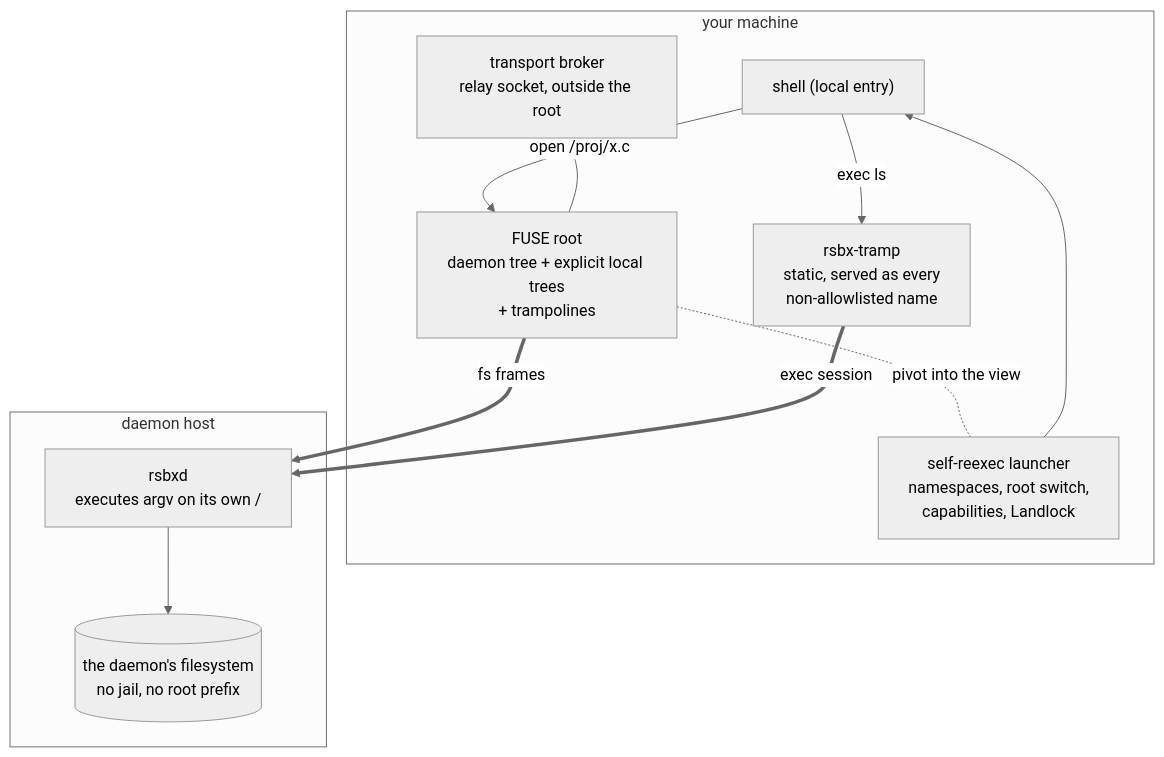
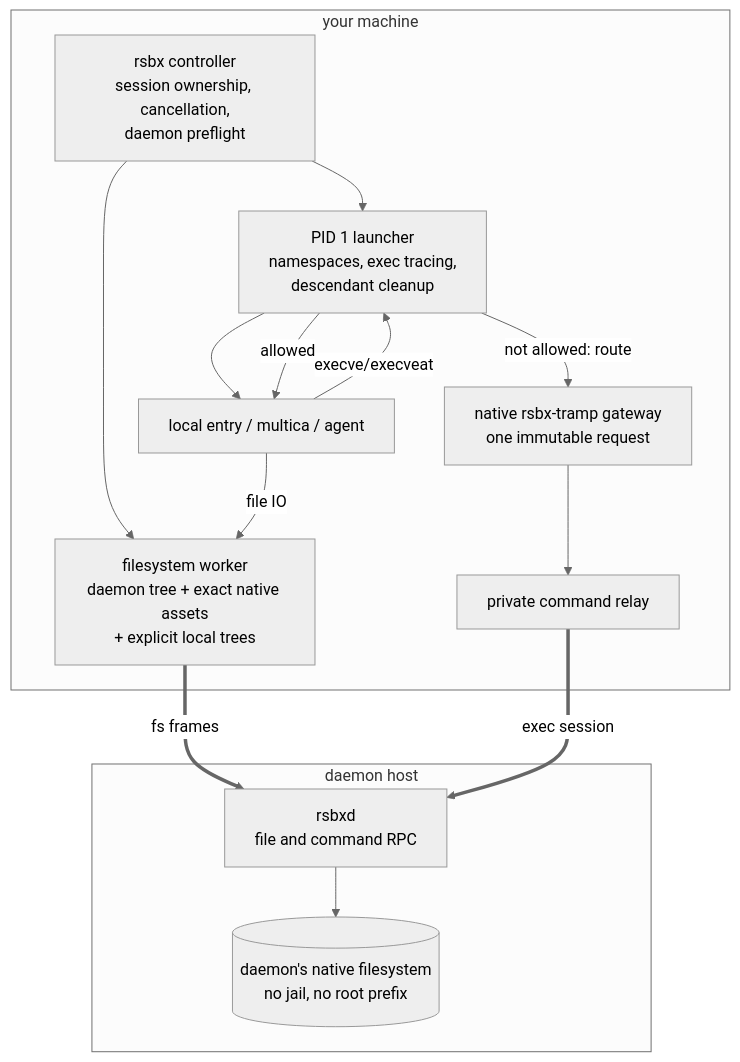
Before and after one commit to tsic404/rsbx: the diagram in README.md, drawn with Mermaid (neutral theme). The commit also changed other lines of this file and 77 other files, not shown here.

First line of the commit message:
sandbox: separate filesystem, execution policy and session lifetimes

````diff
--- a/README.md
+++ b/README.md
@@ -48,22 +49,26 @@
 ```mermaid
 flowchart TB
   subgraph client["your machine"]
-    shell["shell (local entry)"]
-    fuse["FUSE root<br/>daemon tree + explicit local trees<br/>+ trampolines"]
-    launch["self-reexec launcher<br/>namespaces, root switch,<br/>capabilities, Landlock"]
-    tramp["rsbx-tramp<br/>static, served as every<br/>non-allowlisted name"]
-    broker["transport broker<br/>relay socket, outside the root"]
-    shell -- "open /proj/x.c" --> fuse
-    shell -- "exec ls" --> tramp
-    fuse -. "pivot into the view" .- launch
-    launch --> shell
-    broker --- fuse
+    controller["rsbx controller<br/>session ownership, cancellation,<br/>daemon preflight"]
+    worker["filesystem worker<br/>daemon tree + exact native assets<br/>+ explicit local trees"]
+    init["PID 1 launcher<br/>namespaces, exec tracing,<br/>descendant cleanup"]
+    entry["local entry / multica / agent"]
+    gateway["native rsbx-tramp gateway<br/>one immutable request"]
+    broker["private command relay"]
+    controller --> worker
+    controller --> init
+    init --> entry
+    entry -- "file IO" --> worker
+    entry -- "execve/execveat" --> init
+    init -- "allowed" --> entry
+    init -- "not allowed: route" --> gateway
+    gateway --> broker
   end
   subgraph remote["daemon host"]
-    d["rsbxd<br/>executes argv on its own /"]
-    tree[("the daemon's filesystem<br/>no jail, no root prefix")]
+    d["rsbxd<br/>file and command RPC"]
+    tree[("daemon's native filesystem<br/>no jail, no root prefix")]
     d --> tree
   end
-  fuse == "fs frames" ==> d
-  tramp == "exec session" ==> d
+  worker == "fs frames" ==> d
+  broker == "exec session" ==> d
 ```
````
